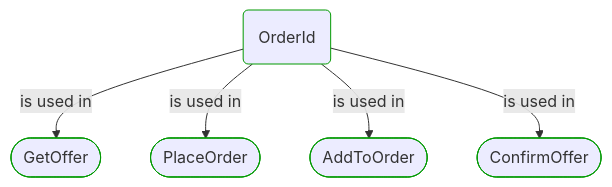
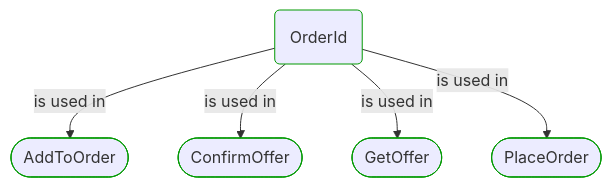
The diagram in Docs/P3/MermaidOutput/BuildingBlocks/Sales/Orders/OrderId.md (itlibrium/DDD-starter-dotnet), drawn with Mermaid before and after one commit. The commit also changed 78 other files, not shown here.

````diff
--- a/Docs/P3/MermaidOutput/BuildingBlocks/Sales/Orders/OrderId.md
+++ b/Docs/P3/MermaidOutput/BuildingBlocks/Sales/Orders/OrderId.md
@@ -22,20 +22,20 @@
 ```mermaid
   flowchart TB
     0(OrderId)
     class 0 DomainPerspective
-    1([GetOffer])
+    1([AddToOrder])
     class 1 DomainPerspective
     0-->|is used in|1
-    2([PlaceOrder])
+    2([ConfirmOffer])
     class 2 DomainPerspective
     0-->|is used in|2
-    3([AddToOrder])
+    3([GetOffer])
     class 3 DomainPerspective
     0-->|is used in|3
-    4([ConfirmOffer])
+    4([PlaceOrder])
     class 4 DomainPerspective
     0-->|is used in|4
     classDef DomainPerspective stroke:#009900
     classDef TechnologyPerspective stroke:#1F41EB
     classDef PeoplePerspective stroke:#FFF014
 ```
````
